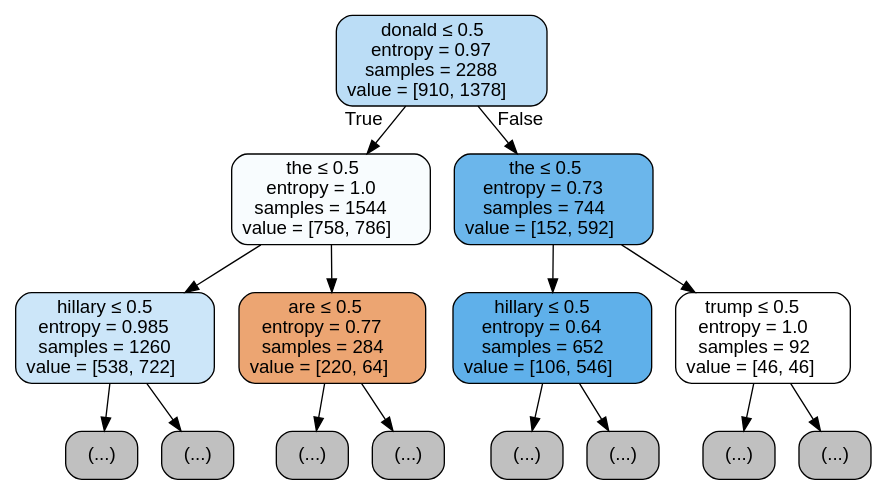
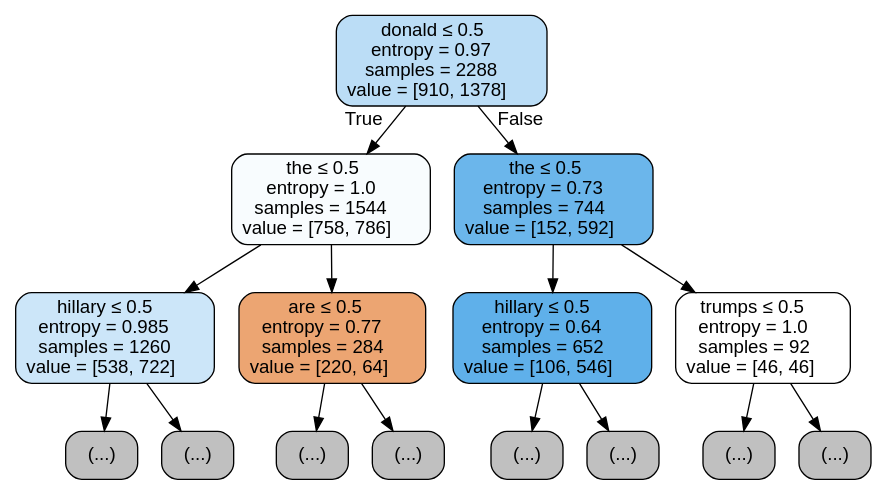
The diagram in A3/Soln/Report/images/7/tree.dot (Dxyk/CSC411-Machine-Learning), drawn with Graphviz before and after one commit. The commit also changed 6 other files, not shown here.

```diff
--- a/A3/Soln/Report/images/7/tree.dot
+++ b/A3/Soln/Report/images/7/tree.dot
@@ -1,33 +1,33 @@
 digraph Tree {
 node [shape=box, style="filled, rounded", color="black", fontname=helvetica] ;
 edge [fontname=helvetica] ;
 0 [label=<donald &le; 0.5<br/>entropy = 0.97<br/>samples = 2288<br/>value = [910, 1378]>, fillcolor="#399de557"] ;
 1 [label=<the &le; 0.5<br/>entropy = 1.0<br/>samples = 1544<br/>value = [758, 786]>, fillcolor="#399de509"] ;
 0 -> 1 [labeldistance=2.5, labelangle=45, headlabel="True"] ;
 2 [label=<hillary &le; 0.5<br/>entropy = 0.985<br/>samples = 1260<br/>value = [538, 722]>, fillcolor="#399de541"] ;
 1 -> 2 ;
 3 [label="(...)", fillcolor="#C0C0C0"] ;
 2 -> 3 ;
 464 [label="(...)", fillcolor="#C0C0C0"] ;
 2 -> 464 ;
 471 [label=<are &le; 0.5<br/>entropy = 0.77<br/>samples = 284<br/>value = [220, 64]>, fillcolor="#e58139b5"] ;
 1 -> 471 ;
 472 [label="(...)", fillcolor="#C0C0C0"] ;
 471 -> 472 ;
-587 [label="(...)", fillcolor="#C0C0C0"] ;
-471 -> 587 ;
-588 [label=<the &le; 0.5<br/>entropy = 0.73<br/>samples = 744<br/>value = [152, 592]>, fillcolor="#399de5be"] ;
-0 -> 588 [labeldistance=2.5, labelangle=-45, headlabel="False"] ;
-589 [label=<hillary &le; 0.5<br/>entropy = 0.64<br/>samples = 652<br/>value = [106, 546]>, fillcolor="#399de5cd"] ;
-588 -> 589 ;
-590 [label="(...)", fillcolor="#C0C0C0"] ;
-589 -> 590 ;
-715 [label="(...)", fillcolor="#C0C0C0"] ;
-589 -> 715 ;
-734 [label=<trump &le; 0.5<br/>entropy = 1.0<br/>samples = 92<br/>value = [46, 46]>, fillcolor="#e5813900"] ;
-588 -> 734 ;
-735 [label="(...)", fillcolor="#C0C0C0"] ;
-734 -> 735 ;
-736 [label="(...)", fillcolor="#C0C0C0"] ;
-734 -> 736 ;
+595 [label="(...)", fillcolor="#C0C0C0"] ;
+471 -> 595 ;
+596 [label=<the &le; 0.5<br/>entropy = 0.73<br/>samples = 744<br/>value = [152, 592]>, fillcolor="#399de5be"] ;
+0 -> 596 [labeldistance=2.5, labelangle=-45, headlabel="False"] ;
+597 [label=<hillary &le; 0.5<br/>entropy = 0.64<br/>samples = 652<br/>value = [106, 546]>, fillcolor="#399de5cd"] ;
+596 -> 597 ;
+598 [label="(...)", fillcolor="#C0C0C0"] ;
+597 -> 598 ;
+721 [label="(...)", fillcolor="#C0C0C0"] ;
+597 -> 721 ;
+738 [label=<trumps &le; 0.5<br/>entropy = 1.0<br/>samples = 92<br/>value = [46, 46]>, fillcolor="#e5813900"] ;
+596 -> 738 ;
+739 [label="(...)", fillcolor="#C0C0C0"] ;
+738 -> 739 ;
+782 [label="(...)", fillcolor="#C0C0C0"] ;
+738 -> 782 ;
 }
```
